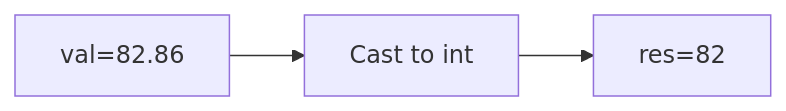
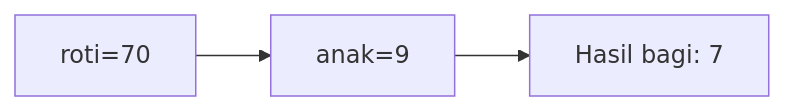
Before and after one commit to amnahwaida/OSNK_INF_PREP: the fifth of 25 diagrams in part-c-pemahaman-cpp/01-tipe-data/latihan/set-06.md, drawn with Mermaid. The commit also changed other lines of this file and 71 other files, not shown here.

````diff
--- a/part-c-pemahaman-cpp/01-tipe-data/latihan/set-06.md
+++ b/part-c-pemahaman-cpp/01-tipe-data/latihan/set-06.md
@@ -129,5 +137,5 @@
 ```mermaid
 graph LR
-A["val=82.86"] --> B["Cast to int"]
-B --> C["res=82"]
+A["roti=70"] --> B["anak=9"]
+B --> C["Hasil bagi: 7"]
 ```
````
